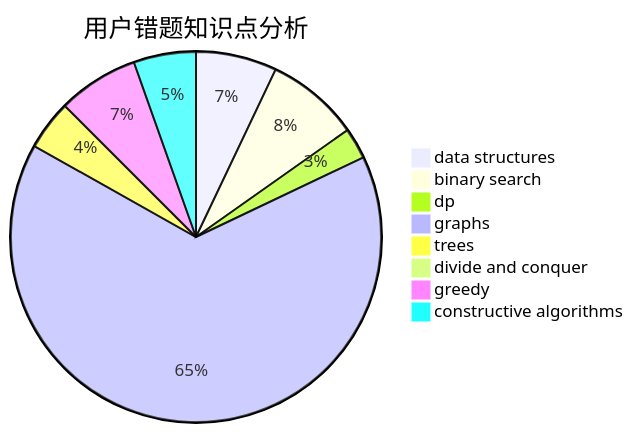
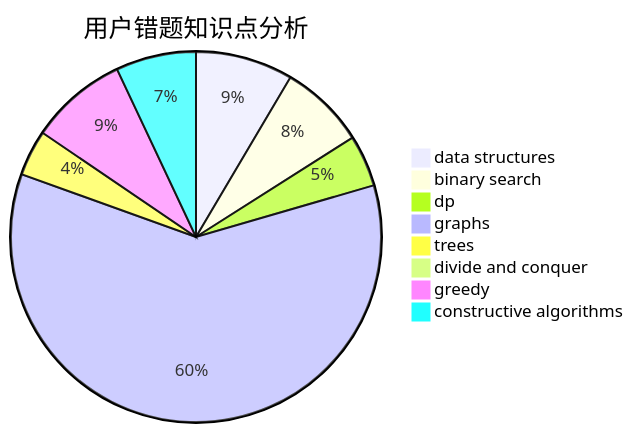
One commit to sherpahu/cfrs.github.io changed the third of 3 diagrams in docs/user/u1912.md. Above: the diagram before and after it, drawn with Mermaid. The commit also changed other lines of this file and 2770 other files, not shown here.

````diff
--- a/docs/user/u1912.md
+++ b/docs/user/u1912.md
@@ -36,11 +36,11 @@
 ```mermaid
 pie title 用户错题知识点分析
-    "data structures" :  13
+    "data structures" :  17
     "binary search" :  15
-    "dp" :  5
+    "dp" :  9
     "graphs" :  120
     "trees" :  8
     "divide and conquer" :  0
-    "greedy" :  13
-    "constructive algorithms" :  10
+    "greedy" :  17
+    "constructive algorithms" :  14
 ```
````
